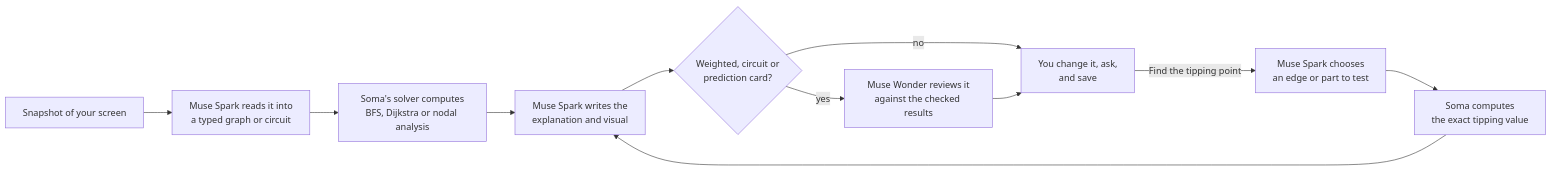
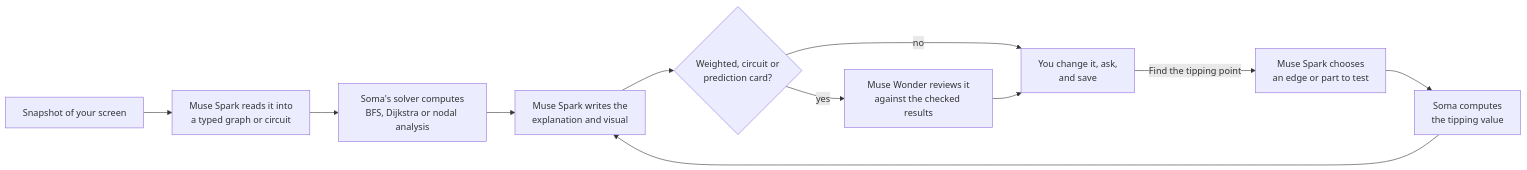
Before and after one commit to Jeremiah-Sakuda/soma: the diagram in README.md, drawn with Mermaid. The commit also changed other lines of this file and 11 other files, not shown here.

````diff
--- a/README.md
+++ b/README.md
@@ -39,13 +39,13 @@
 ```mermaid
 flowchart LR
   A[Snapshot of your screen] --> B[Muse Spark reads it into<br/>a typed graph or circuit]
   B --> C[Soma's solver computes<br/>BFS, Dijkstra or nodal analysis]
   C --> F[Muse Spark writes the<br/>explanation and visual]
   F --> G{Weighted, circuit or<br/>prediction card?}
   G -- yes --> W[Muse Wonder reviews it<br/>against the checked results]
   G -- no --> H
   W --> H[You change it, ask,<br/>and save]
   H -- Find the tipping point --> D[Muse Spark chooses<br/>an edge or part to test]
-  D --> E[Soma computes<br/>the exact tipping value]
+  D --> E[Soma computes<br/>the tipping value]
   E --> F
 ```
````
